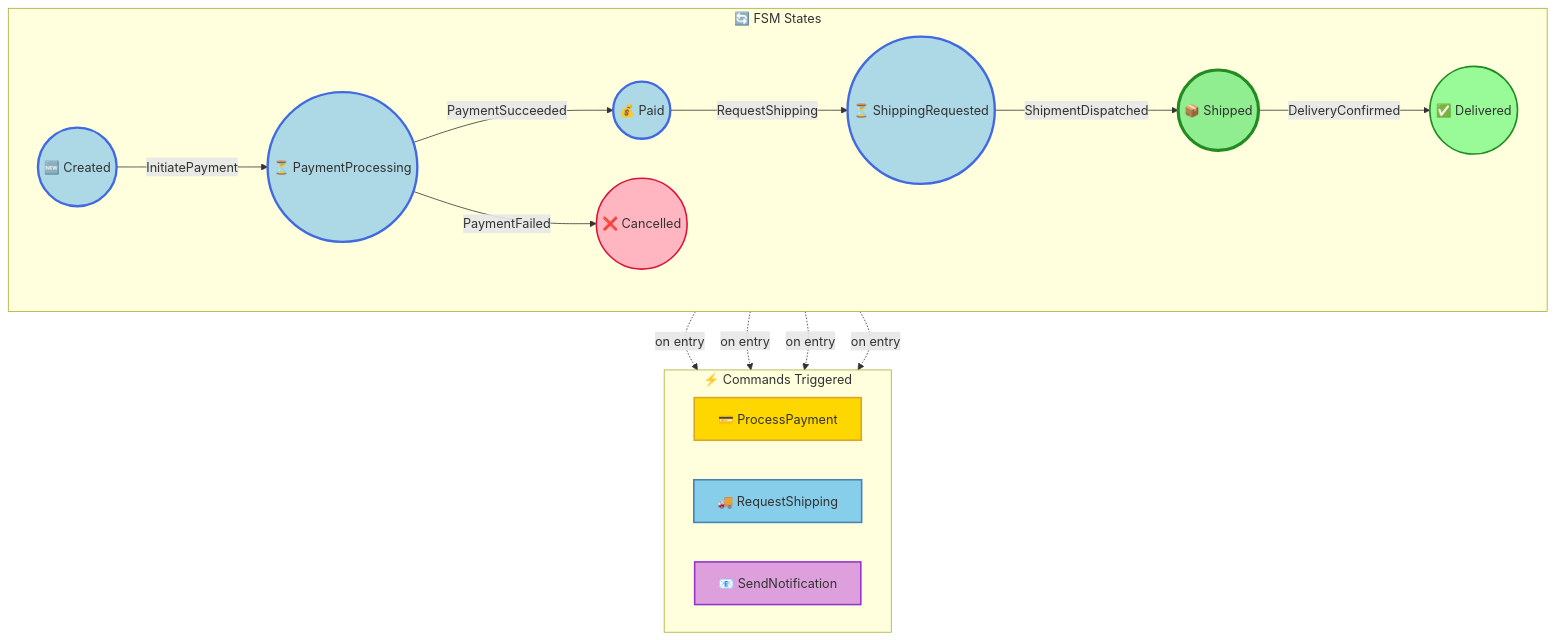
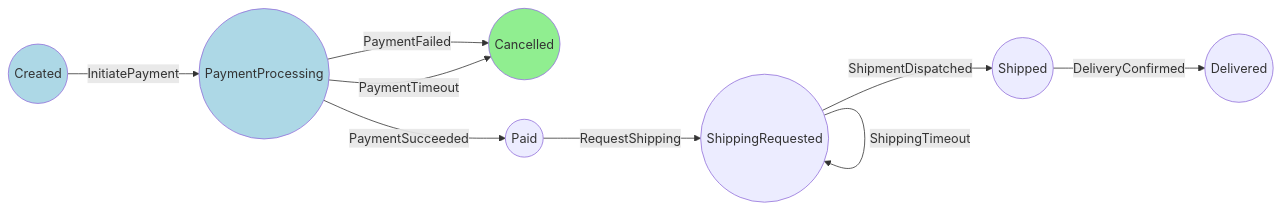
The second of 2 diagrams in docs/visualizations/order-1-trace.md (Iterable/mechanoid), drawn with Mermaid before and after one commit. The commit also changed other lines of this file and 10 other files, not shown here.

````diff
--- a/docs/visualizations/order-1-trace.md
+++ b/docs/visualizations/order-1-trace.md
@@ -73,44 +21,25 @@
 ```mermaid
-flowchart TB
-    subgraph FSM["🔄 FSM States"]
-        direction LR
-        Shipped(("📦 Shipped"))
-        PaymentProcessing(("⏳ PaymentProcessing"))
-        ShippingRequested(("⏳ ShippingRequested"))
-        Delivered(("✅ Delivered"))
-        Cancelled(("❌ Cancelled"))
-        Paid(("💰 Paid"))
-        Created(("🆕 Created"))
-        Created -->|InitiatePayment| PaymentProcessing
-        PaymentProcessing -->|PaymentSucceeded| Paid
-        PaymentProcessing -->|PaymentFailed| Cancelled
-        Paid -->|RequestShipping| ShippingRequested
-        ShippingRequested -->|ShipmentDispatched| Shipped
-        Shipped -->|DeliveryConfirmed| Delivered
-    end
+flowchart LR
+    Shipped((Shipped))
+    PaymentProcessing((PaymentProcessing))
+    ShippingRequested((ShippingRequested))
+    Delivered((Delivered))
+    Cancelled((Cancelled))
+    Paid((Paid))
+    Created((Created))
 
-    subgraph Commands["⚡ Commands Triggered"]
-        direction LR
-        ProcessPayment["💳 ProcessPayment"]
-        RequestShipping["🚚 RequestShipping"]
-        SendNotification["📧 SendNotification"]
-    end
+    Created -->|InitiatePayment| PaymentProcessing
+    PaymentProcessing -->|PaymentSucceeded| Paid
+    PaymentProcessing -->|PaymentFailed| Cancelled
+    PaymentProcessing -->|PaymentTimeout| Cancelled
+    Paid -->|RequestShipping| ShippingRequested
+    ShippingRequested -->|ShipmentDispatched| Shipped
+    ShippingRequested -->|ShippingTimeout| ShippingRequested
+    Shipped -->|DeliveryConfirmed| Delivered
 
-    PaymentProcessing -.->|on entry| ProcessPayment
-    Paid -.->|on entry| RequestShipping
-    Paid -.->|on entry| SendNotification
-    Shipped -.->|on entry| SendNotification
+    style Created fill:#ADD8E6
+    style PaymentProcessing fill:#ADD8E6
+    style Cancelled fill:#ADD8E6
+    style Cancelled fill:#90EE90
 
-    style Delivered fill:#98FB98,stroke:#228B22,stroke-width:2px
-    style Cancelled fill:#FFB6C1,stroke:#DC143C,stroke-width:2px
-    style ProcessPayment fill:#FFD700,stroke:#DAA520,stroke-width:2px
-    style RequestShipping fill:#87CEEB,stroke:#4682B4,stroke-width:2px
-    style SendNotification fill:#DDA0DD,stroke:#9932CC,stroke-width:2px
-
-    style Created fill:#ADD8E6,stroke:#4169E1,stroke-width:3px
-    style ShippingRequested fill:#ADD8E6,stroke:#4169E1,stroke-width:3px
-    style PaymentProcessing fill:#ADD8E6,stroke:#4169E1,stroke-width:3px
-    style Shipped fill:#ADD8E6,stroke:#4169E1,stroke-width:3px
-    style Paid fill:#ADD8E6,stroke:#4169E1,stroke-width:3px
-    style Shipped fill:#90EE90,stroke:#228B22,stroke-width:4px
 ```
````
